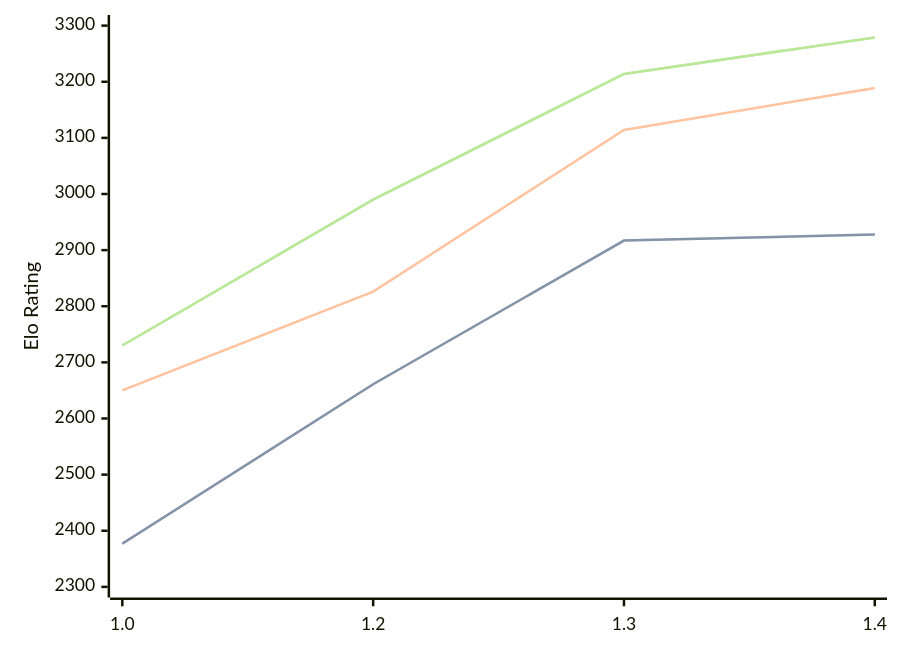
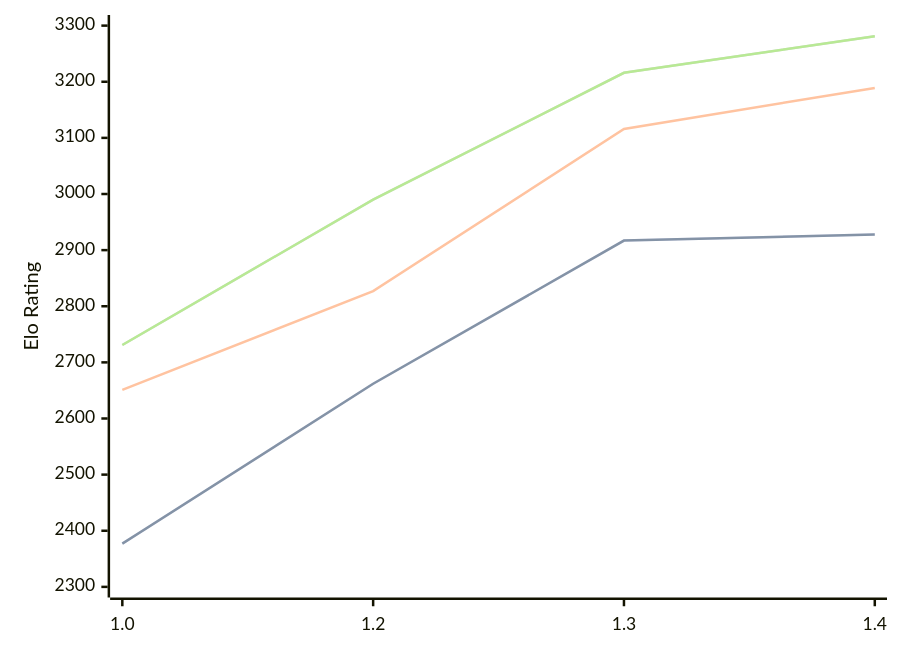
One commit to computer-chess-index/cci changed the diagram in engines/Chessnix.md. Above: the diagram before and after it, drawn with Mermaid. The commit also changed other lines of this file, not shown here.

Commit message:
Update CCI Ratings (ELO VLTC) - 2026-05-14

````diff
--- a/engines/Chessnix.md
+++ b/engines/Chessnix.md
@@ -36,11 +36,11 @@
 ```mermaid
 %%{init: {"theme":"base","themeVariables":{"seriesColors:['#a3a3a3','#222221','#faa371']}}}%%
 xychart-beta
   x-axis ["1.0", "1.2", "1.3", "1.4"]
   y-axis "Elo Rating" 2300 --> 3300
-  line "STC (8.0+0.08s)" [2377, 2661, 2917, 2928]
-  line "STC (8.0+0.08s)" [2377, 2661, 2917, 2928]
-  line "LTC (60.0+0.60s)" [2650, 2826, 3114, 3189]
-  line "VLTC (2m24s+1.12s)" [2730, 2990, 3214, 3279]
-  line "VLTC (2m24s+1.12s)" [2730, 2990, 3214, 3279]
+  line "STC (8.0+0.08s)" [2377, 2662, 2917, 2928]
+  line "STC (8.0+0.08s)" [2377, 2662, 2917, 2928]
+  line "LTC (60.0+0.60s)" [2651, 2827, 3116, 3189]
+  line "VLTC (2m24s+1.12s)" [2731, 2990, 3216, 3281]
+  line "VLTC (2m24s+1.12s)" [2731, 2990, 3216, 3281]
 ```
````
